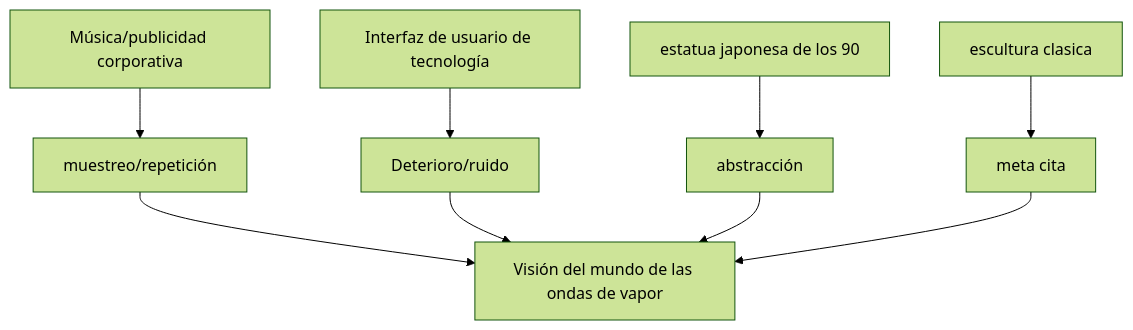
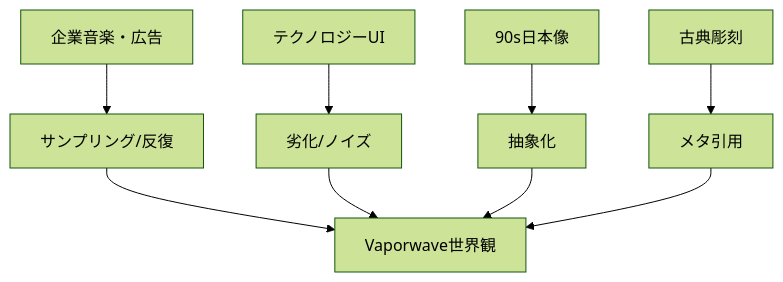
The third of 3 diagrams in es/_posts/2025-11-16-column-vaporwave.md (monumental-movement/monumental-movement.github.io), drawn with Mermaid (forest theme) before and after one commit. The commit also changed other lines of this file and 299 other files, not shown here.

```diff
--- a/es/_posts/2025-11-16-column-vaporwave.md
+++ b/es/_posts/2025-11-16-column-vaporwave.md
@@ -159,13 +159,13 @@
 <div class="mermaid">
 
 graph TD
-    A[Música/publicidad corporativa] --> A2[muestreo/repetición]
-    B[Interfaz de usuario de tecnología] --> B2[Deterioro/ruido]
-    C[estatua japonesa de los 90] --> C2[abstracción]
-    D[escultura clasica] --> D2[meta cita]
-    A2 --> Z[Visión del mundo de las ondas de vapor]
+    A[企業音楽・広告] --> A2[サンプリング/反復]
+    B[テクノロジーUI] --> B2[劣化/ノイズ]
+    C[90s日本像] --> C2[抽象化]
+    D[古典彫刻] --> D2[メタ引用]
+    A2 --> Z[Vaporwave世界観]
     B2 --> Z
     C2 --> Z
     D2 --> Z
 
 </div>
```
